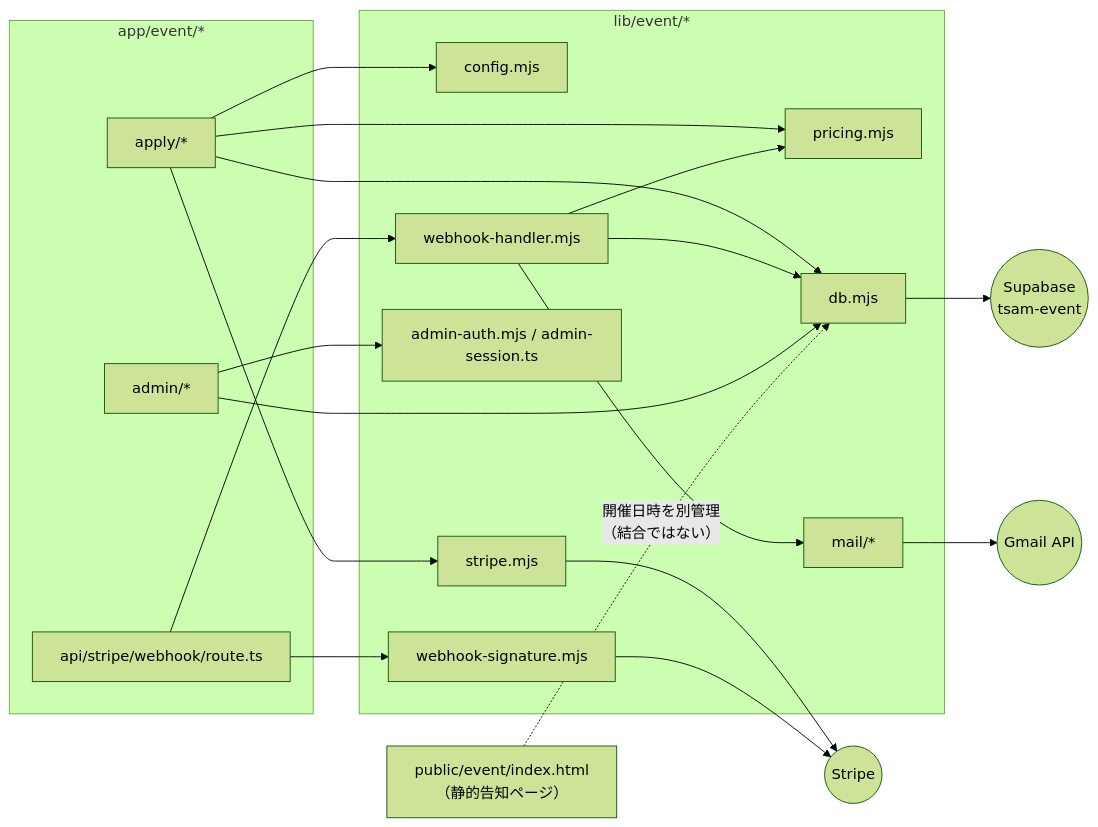
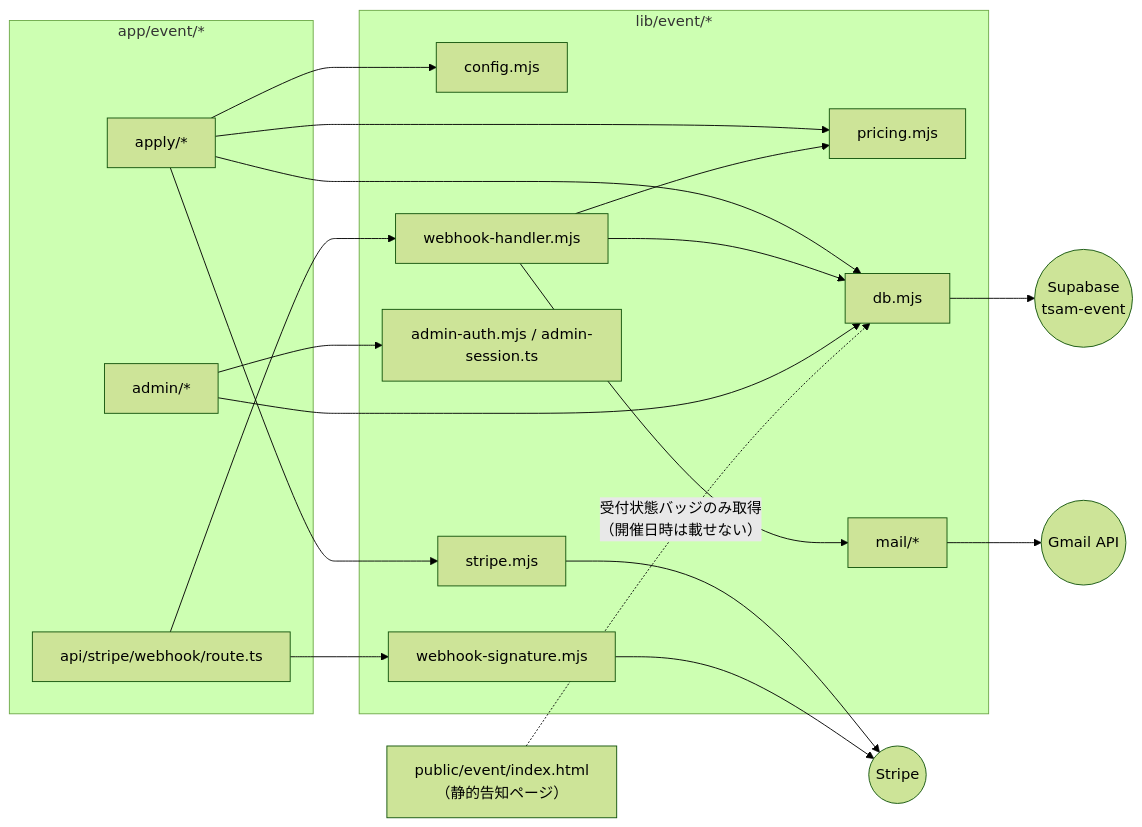
One commit to Haruka-muridae/ts-corporate-renewal changed the diagram in docs/system-design/event-app/04_integration-guide.md. Above: the diagram before and after it, drawn with Mermaid (forest theme). The commit also changed other lines of this file and 7 other files, not shown here.

````diff
--- a/docs/system-design/event-app/04_integration-guide.md
+++ b/docs/system-design/event-app/04_integration-guide.md
@@ -23,38 +23,38 @@
 ```mermaid
 graph LR
   subgraph "app/event/*"
     Apply["apply/*"]
     Admin["admin/*"]
     Webhook["api/stripe/webhook/route.ts"]
   end
 
   subgraph "lib/event/*"
     Config["config.mjs"]
     Pricing["pricing.mjs"]
     Db["db.mjs"]
     StripeLib["stripe.mjs"]
     WebhookSig["webhook-signature.mjs"]
     WebhookHandler["webhook-handler.mjs"]
     Mail["mail/*"]
     AdminAuth["admin-auth.mjs / admin-session.ts"]
   end
 
   Apply --> Config
   Apply --> Pricing
   Apply --> Db
   Apply --> StripeLib
   Webhook --> WebhookSig
   Webhook --> WebhookHandler
   WebhookHandler --> Db
   WebhookHandler --> Mail
   WebhookHandler --> Pricing
   Admin --> AdminAuth
   Admin --> Db
 
   Db --> SupabaseExt(("Supabase\ntsam-event"))
   StripeLib --> StripeExt(("Stripe"))
   WebhookSig --> StripeExt
   Mail --> GmailExt(("Gmail API"))
 
-  Static["public/event/index.html\n（静的告知ページ）"] -.->|"開催日時を別管理\n（結合ではない）"| Db
+  Static["public/event/index.html\n（静的告知ページ）"] -.->|"受付状態バッジのみ取得\n（開催日時は載せない）"| Db
 ```
````
